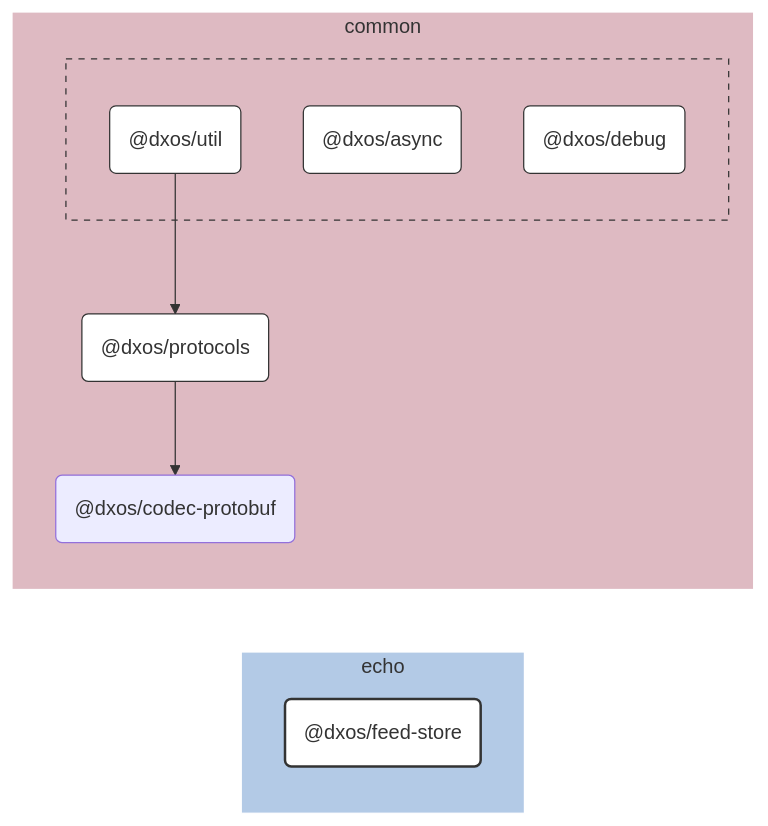
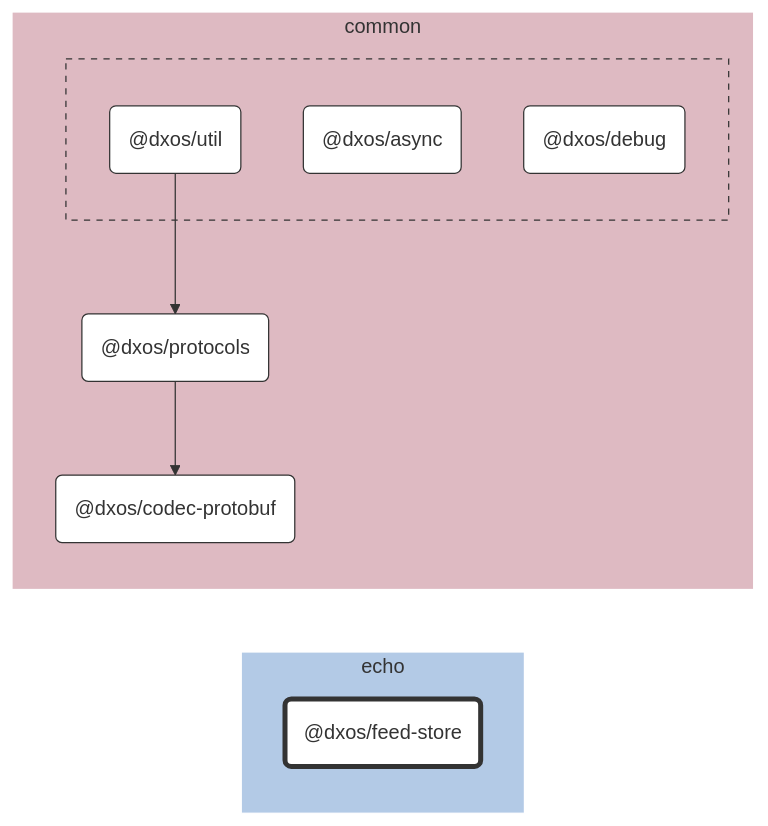
One commit to dxos/dxos changed the diagram in packages/echo/feed-store/docs/README.md. Above: the diagram before and after it, drawn with Mermaid. The commit also changed other lines of this file and 86 other files, not shown here.

````diff
--- a/packages/echo/feed-store/docs/README.md
+++ b/packages/echo/feed-store/docs/README.md
@@ -7,50 +7,52 @@
 ```mermaid
 %%{ init: {'flowchart':{'curve':'basis'}} }%%
 
 flowchart LR
 
 %% Links
 dxos/protocols --> dxos/codec-protobuf;
 dxos/util --> dxos/protocols;
 
 %% Sections
 subgraph echo
   style echo fill:#b3cae6,stroke:#fff;
 
   dxos/feed-store("@dxos/feed-store")
 end
 
 subgraph common
   style common fill:#debac2,stroke:#fff;
 
   dxos/codec-protobuf("@dxos/codec-protobuf")
   dxos/protocols("@dxos/protocols")
 
   subgraph common-excluded [ ]
     style common-excluded fill:#debac2,stroke:#333,stroke-dasharray:5 5;
 
     dxos/async("@dxos/async")
     dxos/debug("@dxos/debug")
     dxos/util("@dxos/util")
   end
 end
 
 
 %% Hyperlinks
 click dxos/async "dxos/dxos/tree/main/packages/common/async/docs";
+click dxos/codec-protobuf "dxos/dxos/tree/main/packages/common/codec-protobuf/docs";
 click dxos/debug "dxos/dxos/tree/main/packages/common/debug/docs";
 click dxos/protocols "dxos/dxos/tree/main/packages/common/protocols/docs";
 click dxos/util "dxos/dxos/tree/main/packages/common/util/docs";
 
 %% Styles
-classDef rootNode fill:#fff,stroke:#333,stroke-width:2px
+classDef rootNode fill:#fff,stroke:#333,stroke-width:4px
 classDef defaultNode fill:#fff,stroke:#333,stroke-width:1px
 linkStyle default stroke:#333,stroke-width:1px
 
 dxos/feed-store:::rootNode
 
 dxos/async:::defaultNode
+dxos/codec-protobuf:::defaultNode
 dxos/debug:::defaultNode
 dxos/protocols:::defaultNode
 dxos/util:::defaultNode
 ```
````
